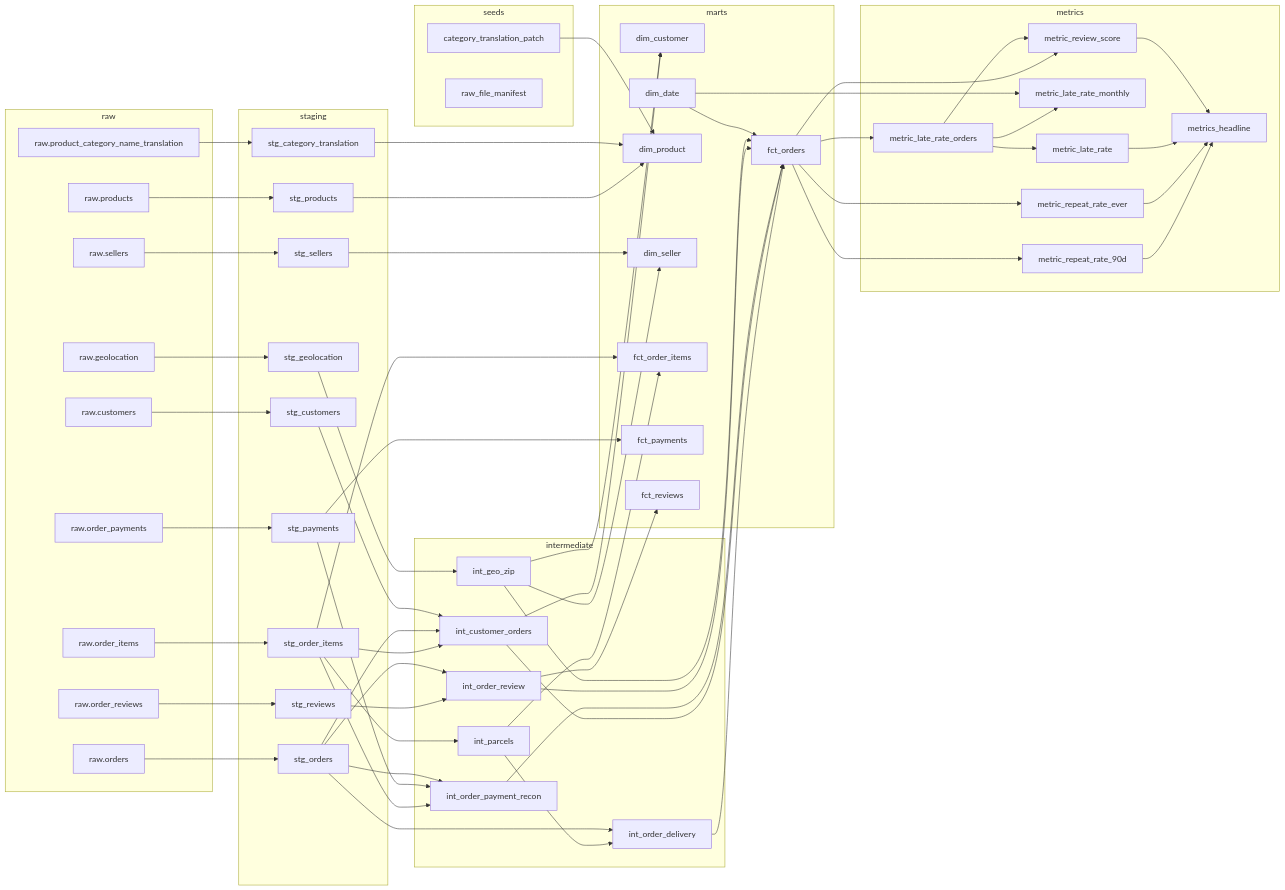
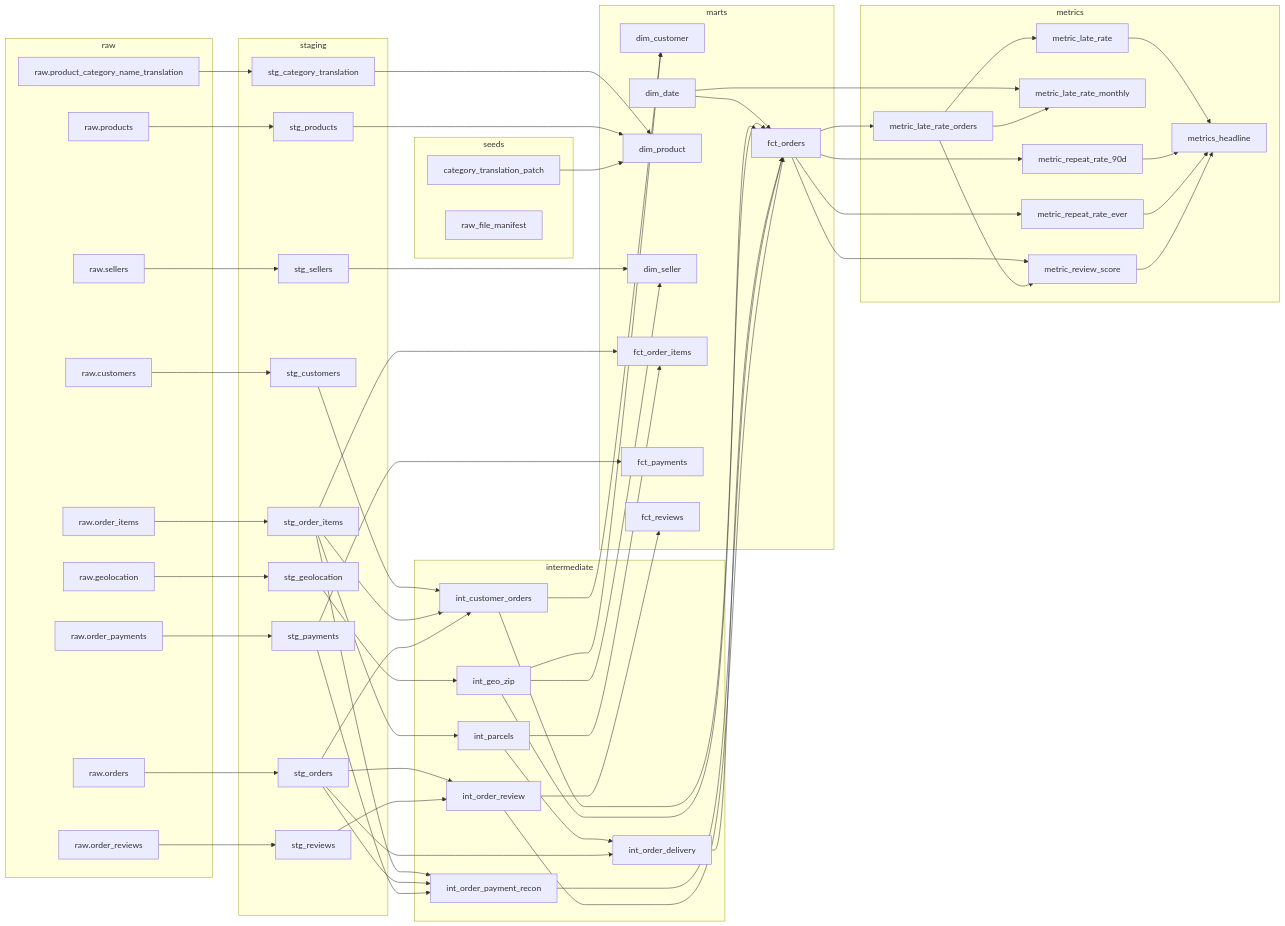
Before and after one commit to mikemoose1/olist-ecommerce-analytics: the diagram in docs/LINEAGE.md, drawn with Mermaid. The commit also changed other lines of this file and 1 other file, not shown here.

````diff
--- a/docs/LINEAGE.md
+++ b/docs/LINEAGE.md
@@ -57,54 +57,54 @@
     n19[metric_review_score]
     n20[metrics_headline]
   end
+  n1 --> n5
+  n1 --> n15
+  n5 --> n16
+  n5 --> n17
+  n5 --> n18
+  n5 --> n19
+  n8 --> n0
+  n8 --> n5
+  n9 --> n0
+  n9 --> n3
+  n9 --> n5
+  n10 --> n5
+  n11 --> n5
+  n12 --> n5
+  n12 --> n7
+  n13 --> n4
+  n13 --> n10
+  n14 --> n20
+  n16 --> n14
   n16 --> n15
-  n1 --> n15
-  n5 --> n18
-  n5 --> n17
+  n16 --> n19
   n17 --> n20
   n18 --> n20
-  n14 --> n20
   n19 --> n20
-  n16 --> n14
+  n21 --> n2
+  n22 --> n8
+  n23 --> n9
+  n24 --> n4
+  n24 --> n8
+  n24 --> n11
+  n24 --> n13
+  n25 --> n8
+  n25 --> n10
+  n25 --> n11
+  n25 --> n12
+  n26 --> n6
+  n26 --> n11
   n27 --> n2
-  n21 --> n2
+  n28 --> n12
+  n29 --> n3
   n30 --> n2
-  n29 --> n3
-  n9 --> n3
+  n32 --> n22
   n33 --> n23
+  n34 --> n24
+  n35 --> n26
   n36 --> n28
-  n34 --> n24
+  n37 --> n25
+  n38 --> n27
+  n39 --> n29
   n40 --> n21
-  n32 --> n22
-  n39 --> n29
-  n38 --> n27
-  n35 --> n26
-  n37 --> n25
-  n28 --> n12
-  n25 --> n12
-  n24 --> n13
-  n24 --> n11
-  n26 --> n11
-  n25 --> n11
-  n24 --> n8
-  n25 --> n8
-  n22 --> n8
-  n13 --> n10
-  n25 --> n10
-  n23 --> n9
-  n10 --> n5
-  n8 --> n5
-  n11 --> n5
-  n12 --> n5
-  n9 --> n5
-  n1 --> n5
-  n24 --> n4
-  n13 --> n4
-  n26 --> n6
-  n12 --> n7
-  n5 --> n16
-  n5 --> n19
-  n16 --> n19
-  n8 --> n0
-  n9 --> n0
 ```
````
